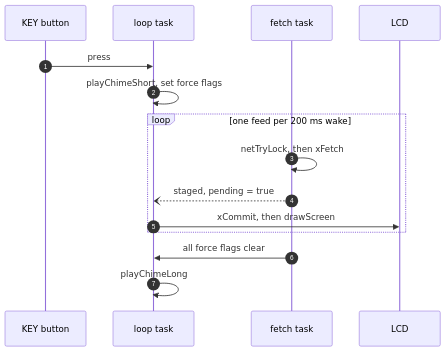
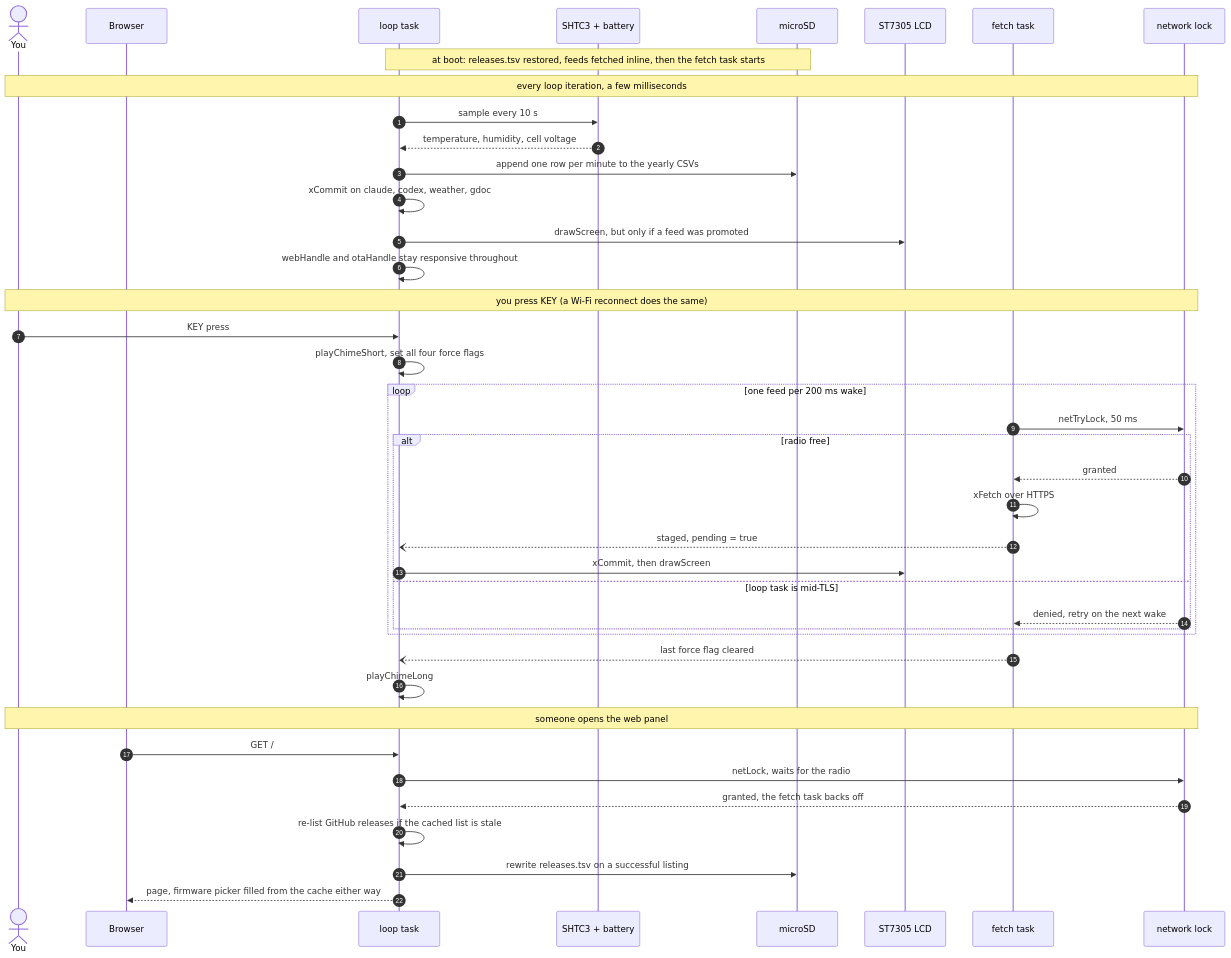
Before and after one commit to RabbitWhite1/hd-esp32-s3: the diagram in README.md, drawn with Mermaid. The commit also changed other lines of this file, not shown here.

Commit message:
docs: fold the architecture flowchart into one sequence diagram
Replaces the two diagrams from 3e98dbe with a single sequence diagram,
which reads better for this system: the lifelines already say which
thread owns what, so the flowchart's ownership grouping was saying
twice what the participants say once.

Adds the roles the earlier pair left out -- the SHTC3 and battery ADC,
the microSD, and the browser -- and absorbs everything the flowchart
carried that the sequence diagram did not: the 50 ms try-lock with its
back-off branch, the named feeds, the Wi-Fi-reconnect trigger, and
webHandle/otaHandle staying responsive through a fetch.

The network lock is a participant rather than a note, so the asymmetry
is visible as contention: the fetch task is denied and retries, while a
page load waits and is granted.

Three phases are marked with notes -- the steady loop, a KEY press, and
a page load -- so the diagram reads as three scenarios over one cast
rather than one impossible sequence.

Corrected while merging: releases.tsv is read at boot by ghLoadCache,
not on a page load; what a page load can do is rewrite it after a
successful listing. Parser-checked as before.

````diff
--- a/README.md
+++ b/README.md
@@ -137,17 +104,47 @@
 ```mermaid
 sequenceDiagram
     autonumber
-    participant KEY as KEY button
+    actor USER as You
+    participant WEB as Browser
     participant MAIN as loop task
+    participant SENS as SHTC3 + battery
+    participant SD as microSD
+    participant LCD as ST7305 LCD
     participant FETCH as fetch task
-    participant LCD as LCD
-    KEY->>MAIN: press
-    MAIN->>MAIN: playChimeShort, set force flags
+    participant LOCK as network lock
+
+    Note over MAIN,SD: at boot: releases.tsv restored, feeds fetched inline, then the fetch task starts
+
+    Note over USER,LOCK: every loop iteration, a few milliseconds
+    MAIN->>SENS: sample every 10 s
+    SENS-->>MAIN: temperature, humidity, cell voltage
+    MAIN->>SD: append one row per minute to the yearly CSVs
+    MAIN->>MAIN: xCommit on claude, codex, weather, gdoc
+    MAIN->>LCD: drawScreen, but only if a feed was promoted
+    MAIN->>MAIN: webHandle and otaHandle stay responsive throughout
+
+    Note over USER,LOCK: you press KEY (a Wi-Fi reconnect does the same)
+    USER->>MAIN: KEY press
+    MAIN->>MAIN: playChimeShort, set all four force flags
     loop one feed per 200 ms wake
-        FETCH->>FETCH: netTryLock, then xFetch
-        FETCH--)MAIN: staged, pending = true
-        MAIN->>LCD: xCommit, then drawScreen
+        FETCH->>LOCK: netTryLock, 50 ms
+        alt radio free
+            LOCK-->>FETCH: granted
+            FETCH->>FETCH: xFetch over HTTPS
+            FETCH--)MAIN: staged, pending = true
+            MAIN->>LCD: xCommit, then drawScreen
+        else loop task is mid-TLS
+            LOCK-->>FETCH: denied, retry on the next wake
+        end
     end
-    FETCH->>MAIN: all force flags clear
+    FETCH--)MAIN: last force flag cleared
     MAIN->>MAIN: playChimeLong
+
+    Note over USER,LOCK: someone opens the web panel
+    WEB->>MAIN: GET /
+    MAIN->>LOCK: netLock, waits for the radio
+    LOCK-->>MAIN: granted, the fetch task backs off
+    MAIN->>MAIN: re-list GitHub releases if the cached list is stale
+    MAIN->>SD: rewrite releases.tsv on a successful listing
+    MAIN-->>WEB: page, firmware picker filled from the cache either way
 ```
````
